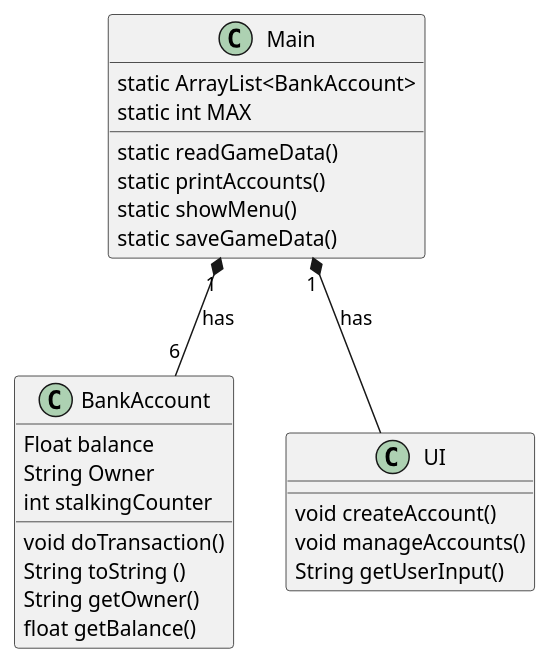
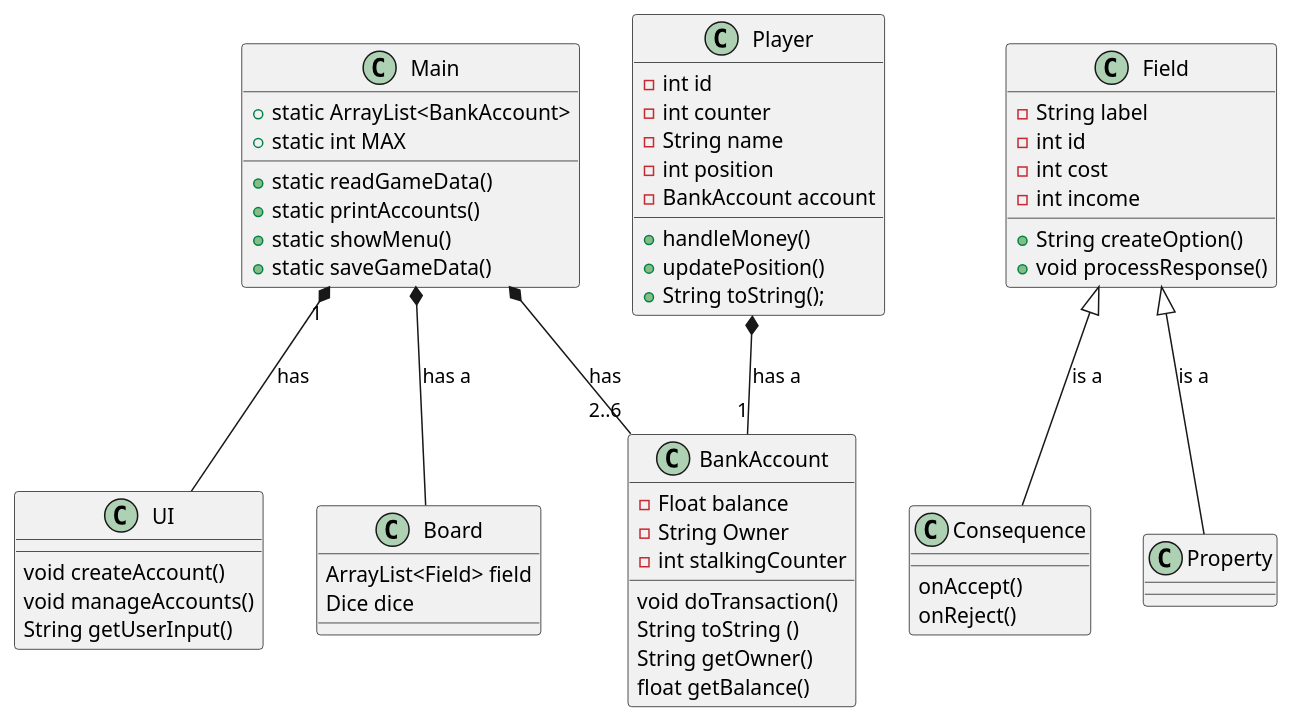
One commit to coerth/Opgaver changed the diagram in Arbejdsmappe/IntelliJ/bank/src/Overview.puml. Above: the diagram before and after it, drawn with PlantUML. The commit also changed 24 other files, not shown here.

```diff
--- a/Arbejdsmappe/IntelliJ/bank/src/Overview.puml
+++ b/Arbejdsmappe/IntelliJ/bank/src/Overview.puml
@@ -1,26 +1,54 @@
 @startuml
 'https://plantuml.com/sequence-diagram
 
-Main "1" *-- "6" BankAccount : has
+Main  *-- "2..6" BankAccount : has
 Main "1" *-- UI : has
+Player *-- "1" BankAccount : has a
+Field <|-- Consequence : is a
+Field <|-- Property : is a
+Main *-- Board : has a
 
-BankAccount : Float balance
-BankAccount : String Owner
-BankAccount : int stalkingCounter
+Player : - int id
+Player : - int counter
+Player : - String name
+Player : - int position
+Player : - BankAccount account
+Player : + handleMoney()
+Player : + updatePosition()
+Player : + String toString();
+
+BankAccount : - Float balance
+BankAccount : - String Owner
+BankAccount : - int stalkingCounter
 BankAccount : void doTransaction()
 BankAccount : String toString ()
 BankAccount : String getOwner()
 BankAccount : float getBalance()
 
 UI : void createAccount()
 UI : void manageAccounts()
 UI : String getUserInput()
 
-Main : static ArrayList<BankAccount>
-Main : static int MAX
-Main : static readGameData()
-Main : static printAccounts()
-Main : static showMenu()
-Main : static saveGameData()
+Main : + static ArrayList<BankAccount>
+Main : + static int MAX
+Main : + static readGameData()
+Main : + static printAccounts()
+Main : + static showMenu()
+Main : + static saveGameData()
+
+Field : - String label
+Field : - int id
+Field : - int cost
+Field : - int income
+Field : + String createOption()
+Field : + void processResponse()
+
+Consequence : onAccept()
+Consequence : onReject()
+
+Board : ArrayList<Field> field
+Board : Dice dice
+
+
 
 @enduml
```
